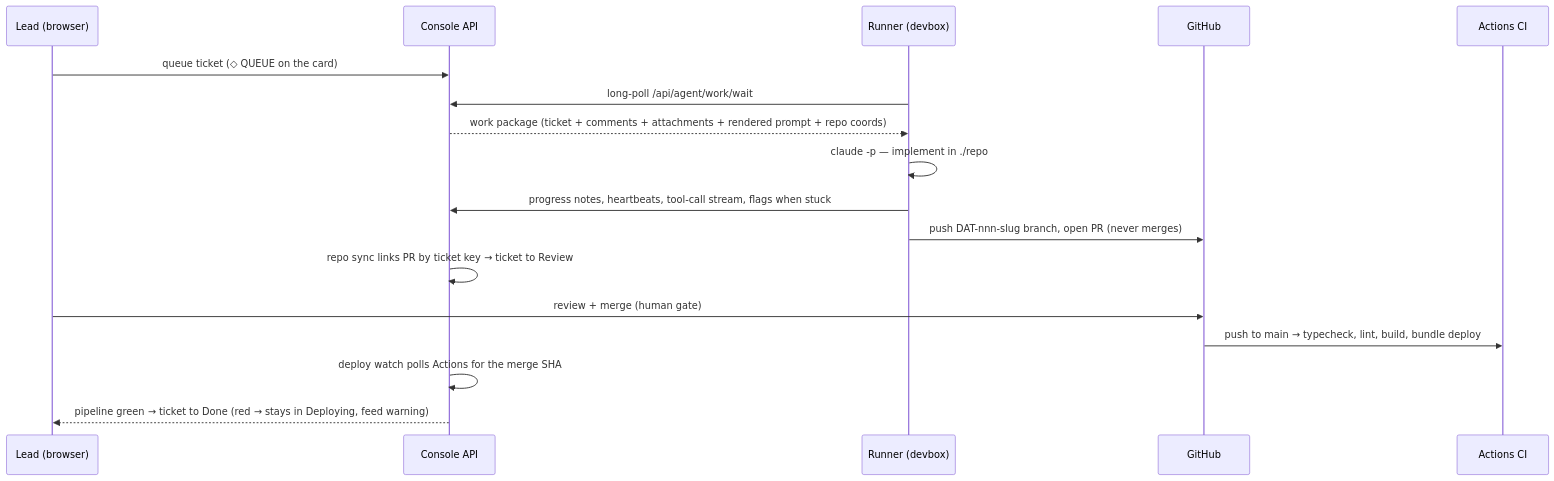
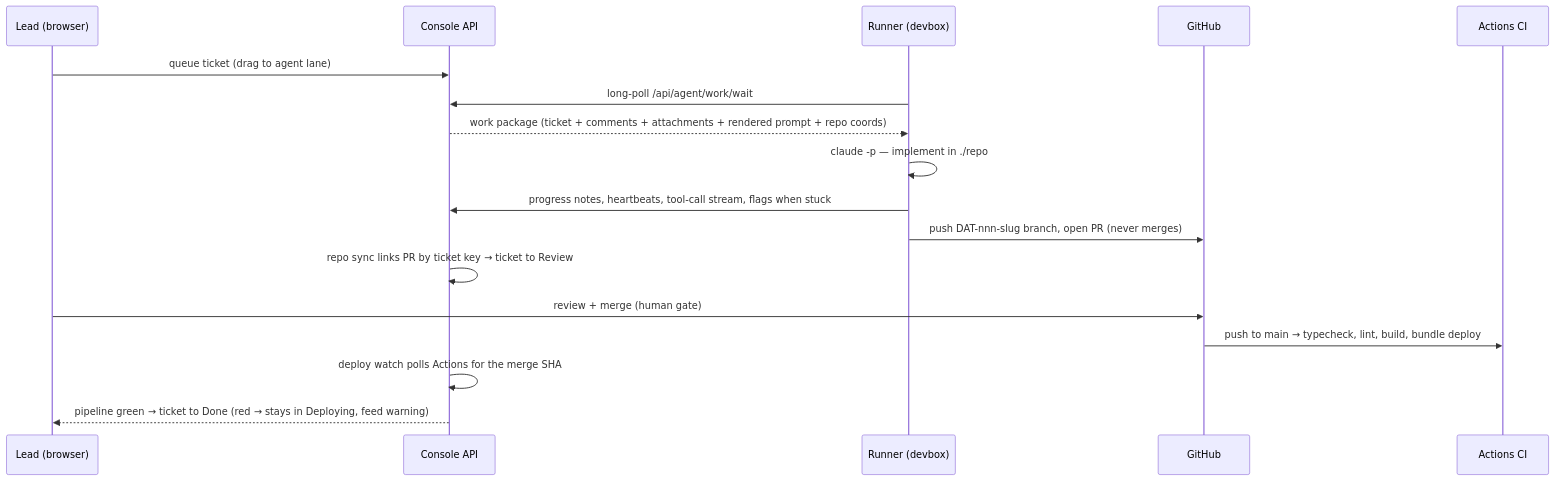
The second of 2 diagrams in docs/architecture.md (nsdallenbach/cometloop), drawn with Mermaid before and after one commit. The commit also changed other lines of this file and 21 other files, not shown here.

````diff
--- a/docs/architecture.md
+++ b/docs/architecture.md
@@ -161,20 +160,20 @@
 ```mermaid
 sequenceDiagram
     participant L as Lead (browser)
     participant C as Console API
     participant R as Runner (devbox)
     participant G as GitHub
     participant CI as Actions CI
 
-    L->>C: queue ticket (◇ QUEUE on the card)
+    L->>C: queue ticket (drag to agent lane)
     R->>C: long-poll /api/agent/work/wait
     C-->>R: work package (ticket + comments + attachments + rendered prompt + repo coords)
     R->>R: claude -p — implement in ./repo
     R->>C: progress notes, heartbeats, tool-call stream, flags when stuck
     R->>G: push DAT-nnn-slug branch, open PR (never merges)
     C->>C: repo sync links PR by ticket key → ticket to Review
     L->>G: review + merge (human gate)
     G->>CI: push to main → typecheck, lint, build, bundle deploy
     C->>C: deploy watch polls Actions for the merge SHA
     C-->>L: pipeline green → ticket to Done (red → stays in Deploying, feed warning)
 ```
````
